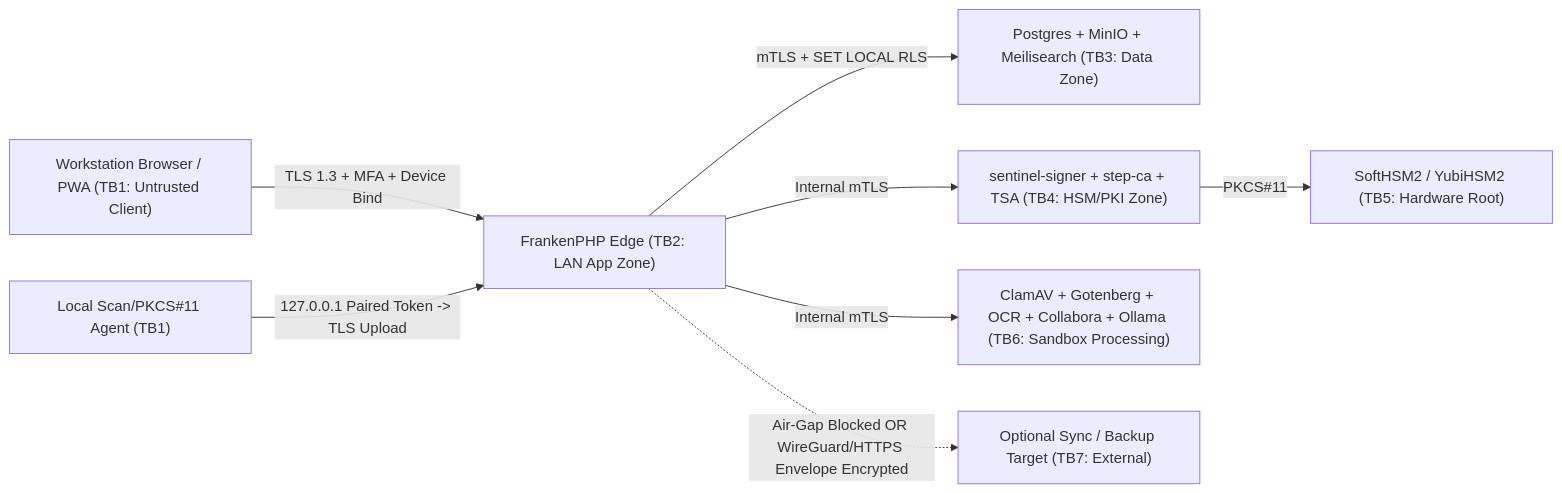
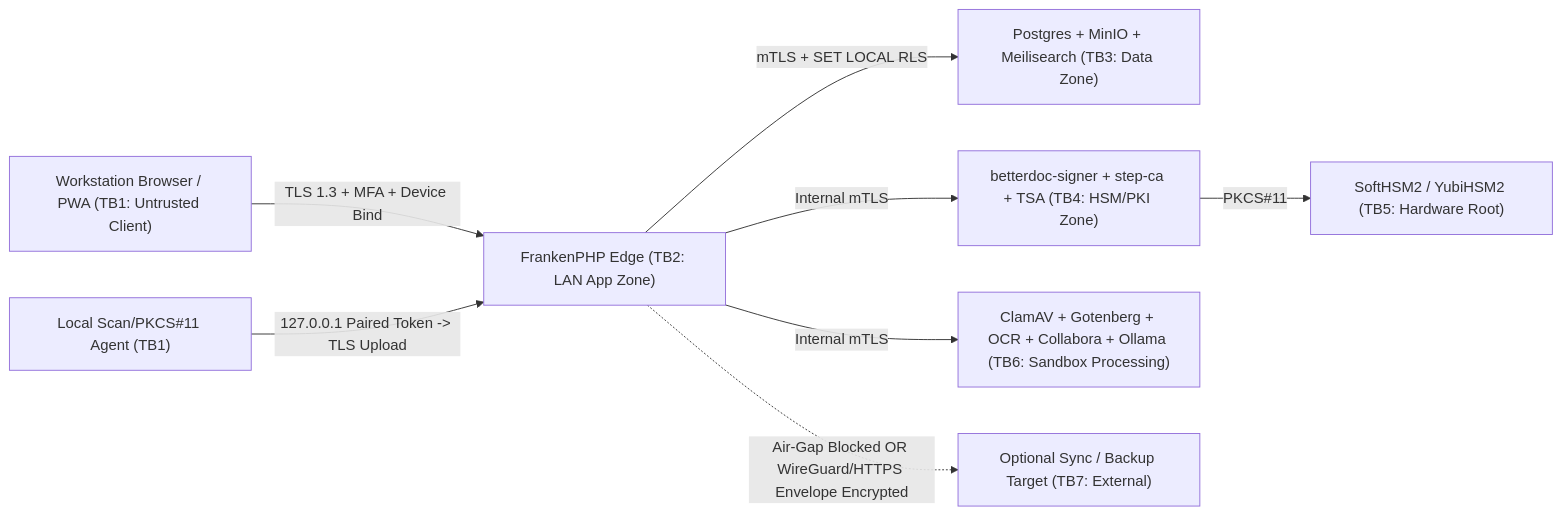
Before and after one commit to CKMatsika/BetterDoc: the first of 2 diagrams in docs/architecture/04_threat_model_stride.md, drawn with Mermaid. The commit also changed other lines of this file and 141 other files, not shown here.

````diff
--- a/docs/architecture/04_threat_model_stride.md
+++ b/docs/architecture/04_threat_model_stride.md
@@ -11,10 +11,10 @@
 ```mermaid
 flowchart LR
     User["Workstation Browser / PWA (TB1: Untrusted Client)"] -->|"TLS 1.3 + MFA + Device Bind"| Edge["FrankenPHP Edge (TB2: LAN App Zone)"]
     Agent["Local Scan/PKCS#11 Agent (TB1)"] -->|"127.0.0.1 Paired Token -> TLS Upload"| Edge
     Edge -->|"mTLS + SET LOCAL RLS"| Data["Postgres + MinIO + Meilisearch (TB3: Data Zone)"]
-    Edge -->|"Internal mTLS"| PKI["sentinel-signer + step-ca + TSA (TB4: HSM/PKI Zone)"]
+    Edge -->|"Internal mTLS"| PKI["betterdoc-signer + step-ca + TSA (TB4: HSM/PKI Zone)"]
     PKI -->|"PKCS#11"| HSM["SoftHSM2 / YubiHSM2 (TB5: Hardware Root)"]
     Edge -->|"Internal mTLS"| Workers["ClamAV + Gotenberg + OCR + Collabora + Ollama (TB6: Sandbox Processing)"]
     Edge -.->|"Air-Gap Blocked OR WireGuard/HTTPS Envelope Encrypted"| Cloud["Optional Sync / Backup Target (TB7: External)"]
 ```
````
